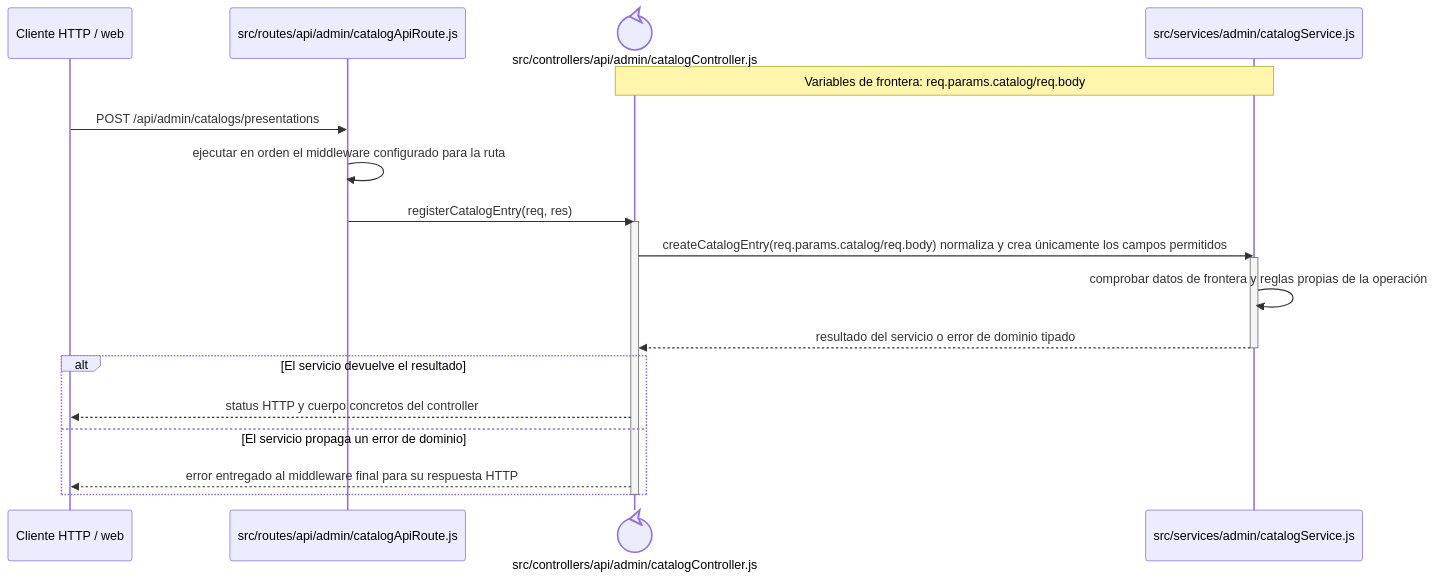
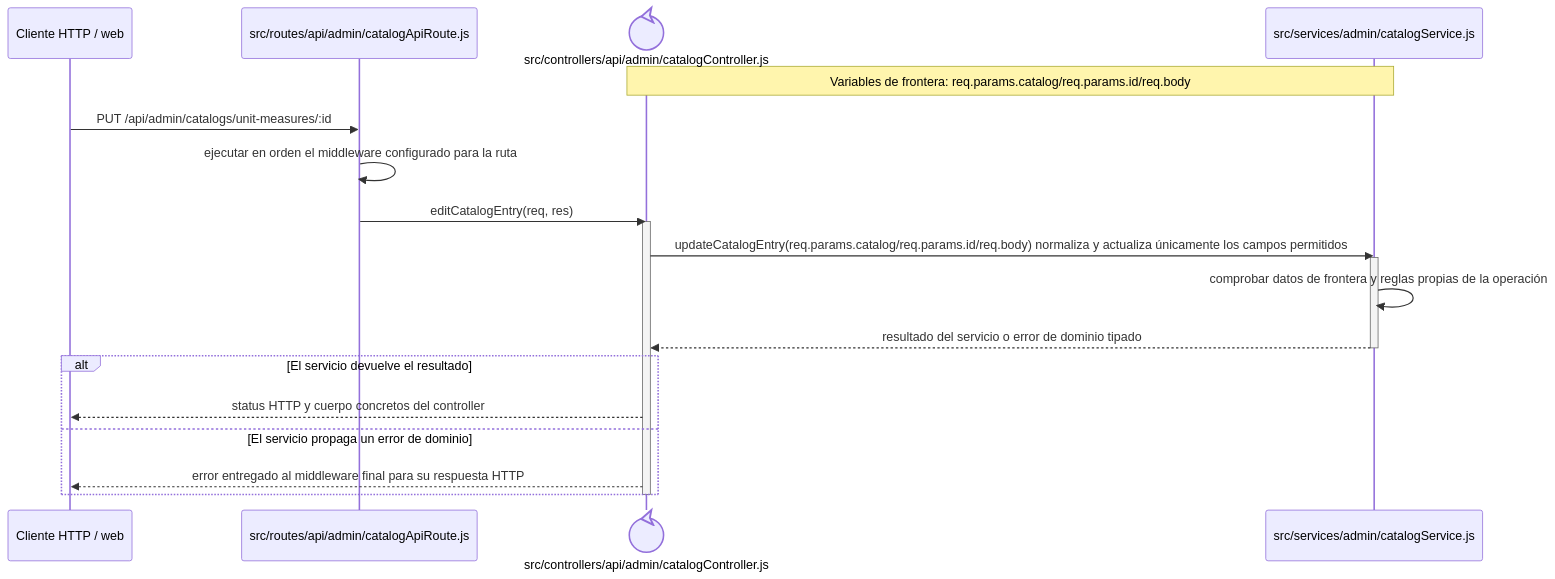
The diagram in docs/architecture/backend-code-sequences/catalogs/cu-cat-38.md (gpgsistemas01/nexus), drawn with Mermaid before and after one commit. The commit also changed other lines of this file and 126 other files, not shown here.

````diff
--- a/docs/architecture/backend-code-sequences/catalogs/cu-cat-38.md
+++ b/docs/architecture/backend-code-sequences/catalogs/cu-cat-38.md
@@ -6,24 +6,24 @@
 ```mermaid
 sequenceDiagram
     participant Client as Cliente HTTP / web
     participant Route as src/routes/api/admin/catalogApiRoute.js
     participant Controller@{ "type": "control" } as src/controllers/api/admin/catalogController.js
     participant Domain as src/services/admin/catalogService.js
-    Note over Controller,Domain: Variables de frontera: req.params.catalog/req.body
+    Note over Controller,Domain: Variables de frontera: req.params.catalog/req.params.id/req.body
 
-    Client->>Route: POST /api/admin/catalogs/presentations
+    Client->>Route: PUT /api/admin/catalogs/unit-measures/:id
     Route->>Route: ejecutar en orden el middleware configurado para la ruta
-    Route->>Controller: registerCatalogEntry(req, res)
+    Route->>Controller: editCatalogEntry(req, res)
     activate Controller
-    Controller->>Domain: createCatalogEntry(req.params.catalog/req.body) normaliza y crea únicamente los campos permitidos
+    Controller->>Domain: updateCatalogEntry(req.params.catalog/req.params.id/req.body) normaliza y actualiza únicamente los campos permitidos
     activate Domain
     Domain->>Domain: comprobar datos de frontera y reglas propias de la operación
     Domain-->>Controller: resultado del servicio o error de dominio tipado
     deactivate Domain
     alt El servicio devuelve el resultado
         Controller-->>Client: status HTTP y cuerpo concretos del controller
     else El servicio propaga un error de dominio
         Controller-->>Client: error entregado al middleware final para su respuesta HTTP
     end
     deactivate Controller
 ```
````
